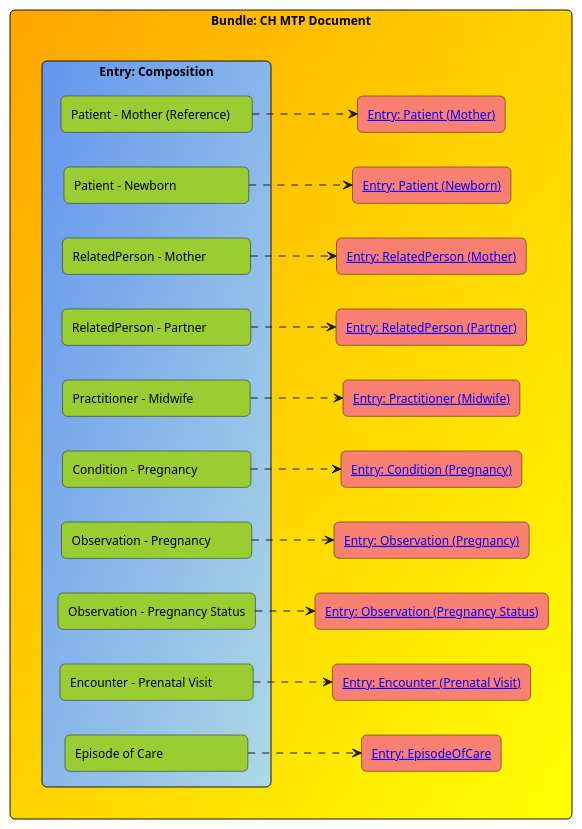
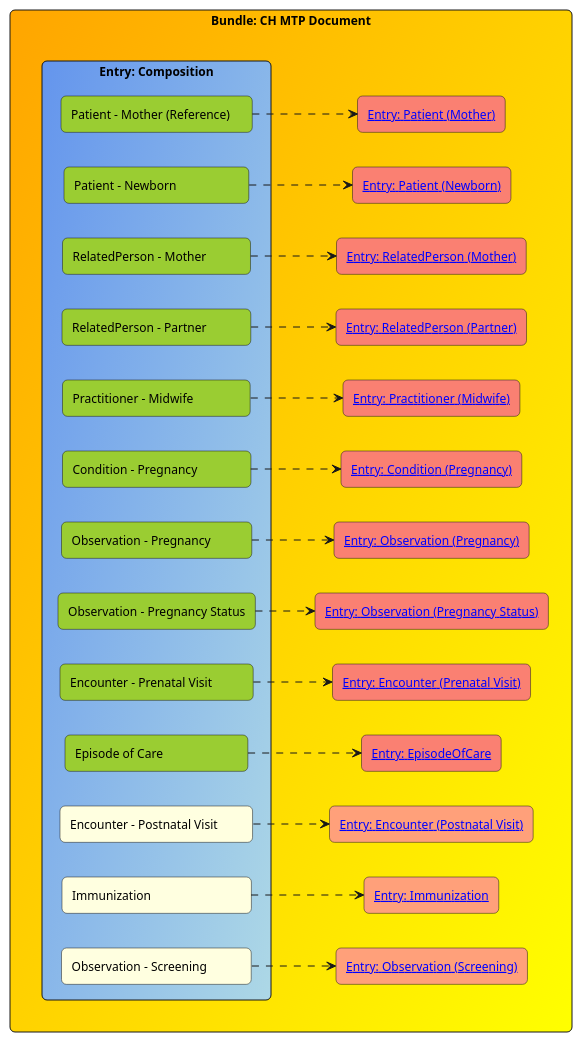
One commit to pjolo/mtp changed the diagram in input/images-source/document.plantuml. Above: the diagram before and after it, drawn with PlantUML. The commit also changed 12 other files, not shown here.

```diff
--- a/input/images-source/document.plantuml
+++ b/input/images-source/document.plantuml
@@ -1,52 +1,61 @@
 @startuml
 skinparam shadowing false
 skinparam rectangle {
   roundCorner 10
 }
 skinparam defaultFontSize 12
 
 left to right direction
 
 rectangle "**Bundle: CH MTP Document**" as Bundle #orange/yellow {
 
   together {
     rectangle "**Entry: Composition**" as Comp #cornflowerblue/lightblue {
       rectangle "Patient – Mother (Reference)    " as SecMother #yellowgreen
       rectangle "Patient – Newborn                    " as SecNewborn #yellowgreen
       rectangle "RelatedPerson – Mother           " as SecRelated #yellowgreen
       rectangle "RelatedPerson – Partner           " as SecPartner #yellowgreen
       rectangle "Practitioner – Midwife               " as SecMidwife #yellowgreen
       rectangle "Condition – Pregnancy              " as SecCondition #yellowgreen
       rectangle "Observation – Pregnancy          " as SecObs #yellowgreen
       rectangle "Observation – Pregnancy Status" as SecStatus #yellowgreen
       rectangle "Encounter – Prenatal Visit          " as SecVisit #yellowgreen
       rectangle "Episode of Care                        " as SecEpisode #yellowgreen
+      rectangle "Encounter – Postnatal Visit        " as SecPostnatal #lightyellow
+      rectangle "Immunization                             " as SecImm #lightyellow
+      rectangle "Observation – Screening           " as SecScreen #lightyellow
     }
   }
 
   together {
     rectangle "[[StructureDefinition-ch-mtp-patient-mother.html Entry: Patient (Mother)]]" as E1 #salmon
     rectangle "[[StructureDefinition-ch-mtp-patient-newborn.html Entry: Patient (Newborn)]]" as E2 #salmon
     rectangle "[[StructureDefinition-ch-mtp-relatedperson-mother.html Entry: RelatedPerson (Mother)]]" as E3 #salmon
     rectangle "[[StructureDefinition-ch-mtp-relatedperson-partner.html Entry: RelatedPerson (Partner)]]" as E4 #salmon
     rectangle "[[StructureDefinition-ch-mtp-practitioner-midwife.html Entry: Practitioner (Midwife)]]" as E5 #salmon
     rectangle "[[StructureDefinition-ch-mtp-condition-pregnancy.html Entry: Condition (Pregnancy)]]" as E6 #salmon
     rectangle "[[StructureDefinition-ch-mtp-observation-pregnancy.html Entry: Observation (Pregnancy)]]" as E7 #salmon
     rectangle "[[StructureDefinition-ch-mtp-pregnancy-status.html Entry: Observation (Pregnancy Status)]]" as E8 #salmon
     rectangle "[[StructureDefinition-ch-mtp-prenatal-visit.html Entry: Encounter (Prenatal Visit)]]" as E9 #salmon
     rectangle "[[StructureDefinition-ch-mtp-episode-of-care.html Entry: EpisodeOfCare]]" as E10 #salmon
+    rectangle "[[StructureDefinition-ch-mtp-postnatal-visit.html Entry: Encounter (Postnatal Visit)]]" as E11 #lightsalmon
+    rectangle "[[StructureDefinition-ch-mtp-immunization.html Entry: Immunization]]" as E12 #lightsalmon
+    rectangle "[[StructureDefinition-ch-mtp-observation-screening.html Entry: Observation (Screening)]]" as E13 #lightsalmon
   }
 }
 
-SecMother   ..> E1
-SecNewborn  ..> E2
-SecRelated  ..> E3
-SecPartner  ..> E4
-SecMidwife  ..> E5
+SecMother    ..> E1
+SecNewborn   ..> E2
+SecRelated   ..> E3
+SecPartner   ..> E4
+SecMidwife   ..> E5
 SecCondition ..> E6
-SecObs      ..> E7
-SecStatus   ..> E8
-SecVisit    ..> E9
-SecEpisode  ..> E10
+SecObs       ..> E7
+SecStatus    ..> E8
+SecVisit     ..> E9
+SecEpisode   ..> E10
+SecPostnatal ..> E11
+SecImm       ..> E12
+SecScreen    ..> E13
 
 @enduml
```
